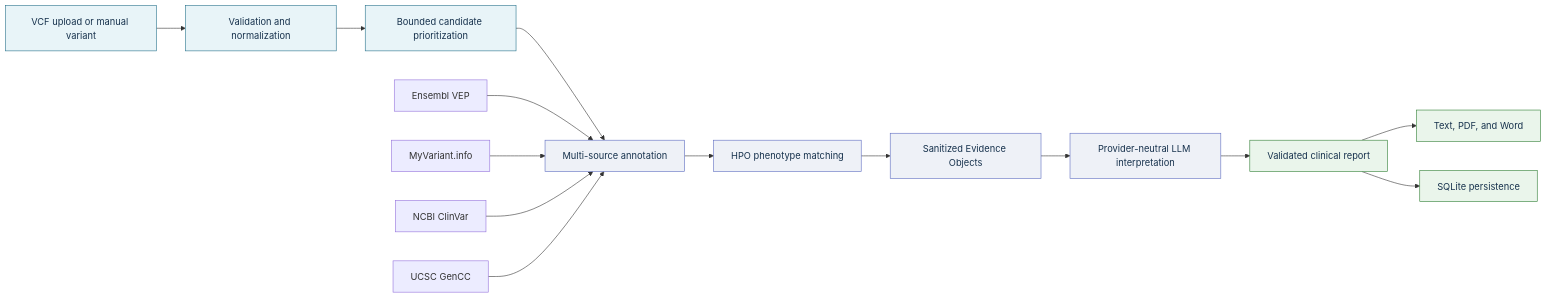
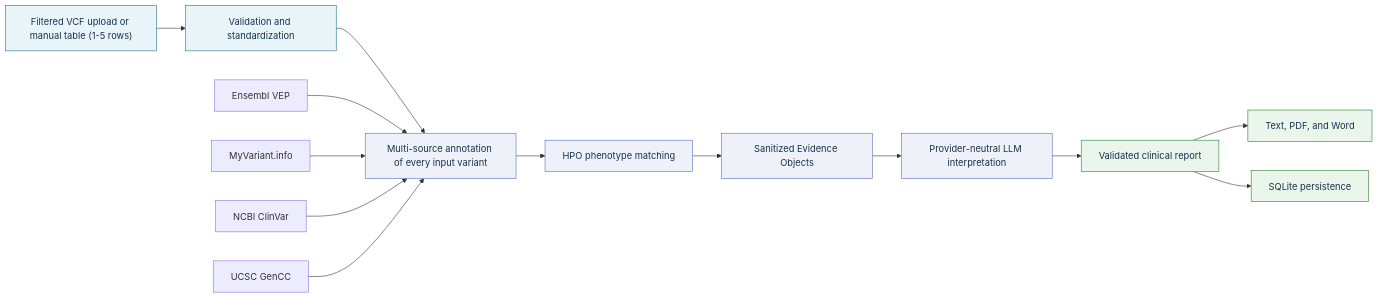
One commit to parhamKIY/CLINCAL_VARIANT_WEB_APPLICATION changed the diagram in README.md. Above: the diagram before and after it, drawn with Mermaid. The commit also changed other lines of this file and 22 other files, not shown here.

Commit message:
refactor: accept filtered VCF tables and remove prioritization

````diff
--- a/README.md
+++ b/README.md
@@ -39,24 +39,23 @@
 ```mermaid
 flowchart LR
-    A["VCF upload or manual variant"] --> B["Validation and normalization"]
-    B --> C["Bounded candidate prioritization"]
-    C --> D["Multi-source annotation"]
+    A["Filtered VCF upload or manual table (1-5 rows)"] --> B["Validation and standardization"]
+    B --> D["Multi-source annotation of every input variant"]
     D --> E["HPO phenotype matching"]
     E --> F["Sanitized Evidence Objects"]
     F --> G["Provider-neutral LLM interpretation"]
     G --> H["Validated clinical report"]
     H --> I["Text, PDF, and Word"]
     H --> J["SQLite persistence"]
 
     D1["Ensembl VEP"] --> D
     D2["MyVariant.info"] --> D
     D3["NCBI ClinVar"] --> D
     D4["UCSC GenCC"] --> D
 
     classDef input fill:#e8f4f8,stroke:#24708a,color:#17324d
     classDef evidence fill:#eef1f7,stroke:#5c6bc0,color:#17324d
     classDef output fill:#eaf5eb,stroke:#2e7d32,color:#17324d
-    class A,B,C input
+    class A,B input
     class D,E,F,G evidence
     class H,I,J output
 ```
````
